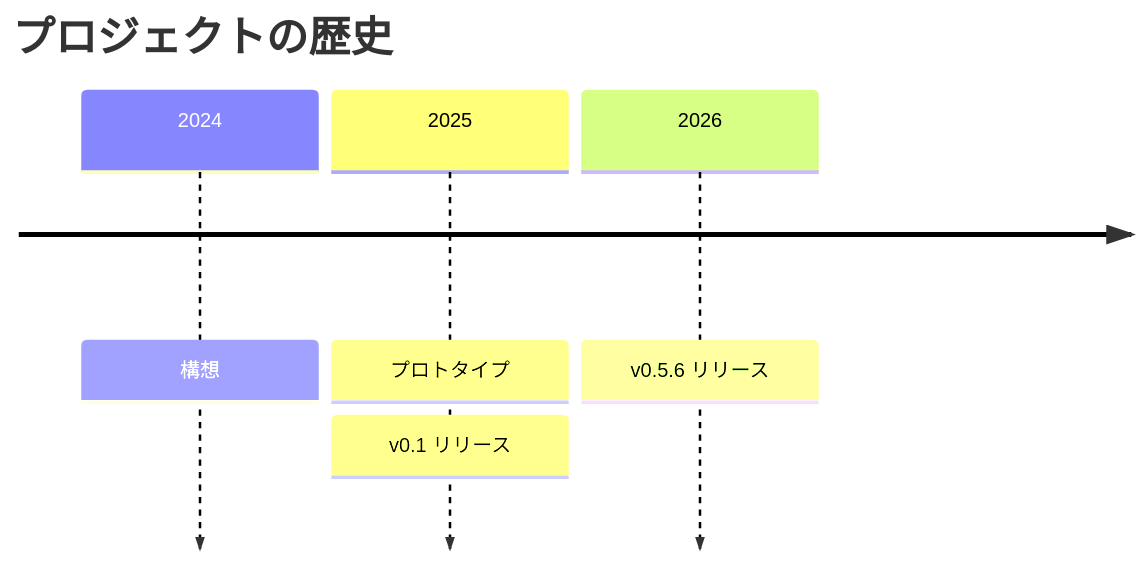
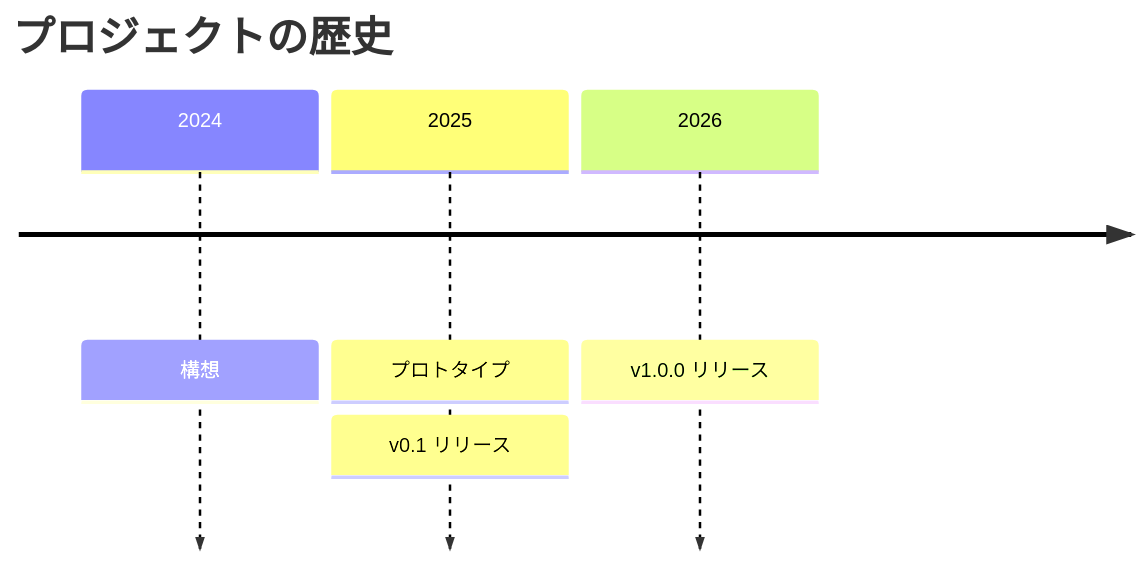
One commit to kaeru758/md-visual-editor changed diagram 12 of 23 in test-all-features.md. Above: the diagram before and after it, drawn with Mermaid. The commit also changed other lines of this file, not shown here.

````diff
--- a/test-all-features.md
+++ b/test-all-features.md
@@ -488,7 +496,7 @@
 ```mermaid
 timeline
     title プロジェクトの歴史
     2024 : 構想
     2025 : プロトタイプ : v0.1 リリース
-    2026 : v0.5.6 リリース
+    2026 : v1.0.0 リリース
 ```
````
